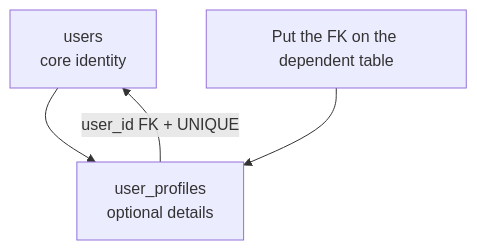
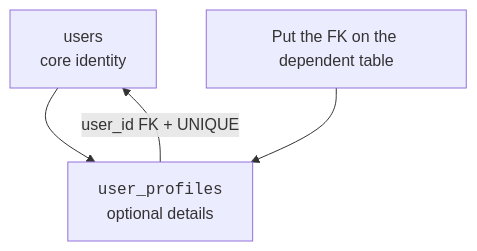
One commit to dataslope/dataslope changed the fourth of 4 diagrams in content/learn/database-design-postgresql/one-to-one.mdx. Above: the diagram before and after it, drawn with Mermaid. The commit also changed other lines of this file and 153 other files, not shown here.

First line of the commit message:
Render code-only mermaid shapes in monospace; convert step sequences to Steps

````diff
--- a/content/learn/database-design-postgresql/one-to-one.mdx
+++ b/content/learn/database-design-postgresql/one-to-one.mdx
@@ -145,6 +145,6 @@
 ```mermaid
 flowchart TB
-    User["users<br/>core identity"] --> Profile["user_profiles<br/>optional details"]
+    User["users<br/>core identity"] --> Profile["<code>user_profiles</code><br/>optional details"]
     Profile -->|"user_id FK + UNIQUE"| User
     Choice["Put the FK on the dependent table"] --> Profile
 ```
````
